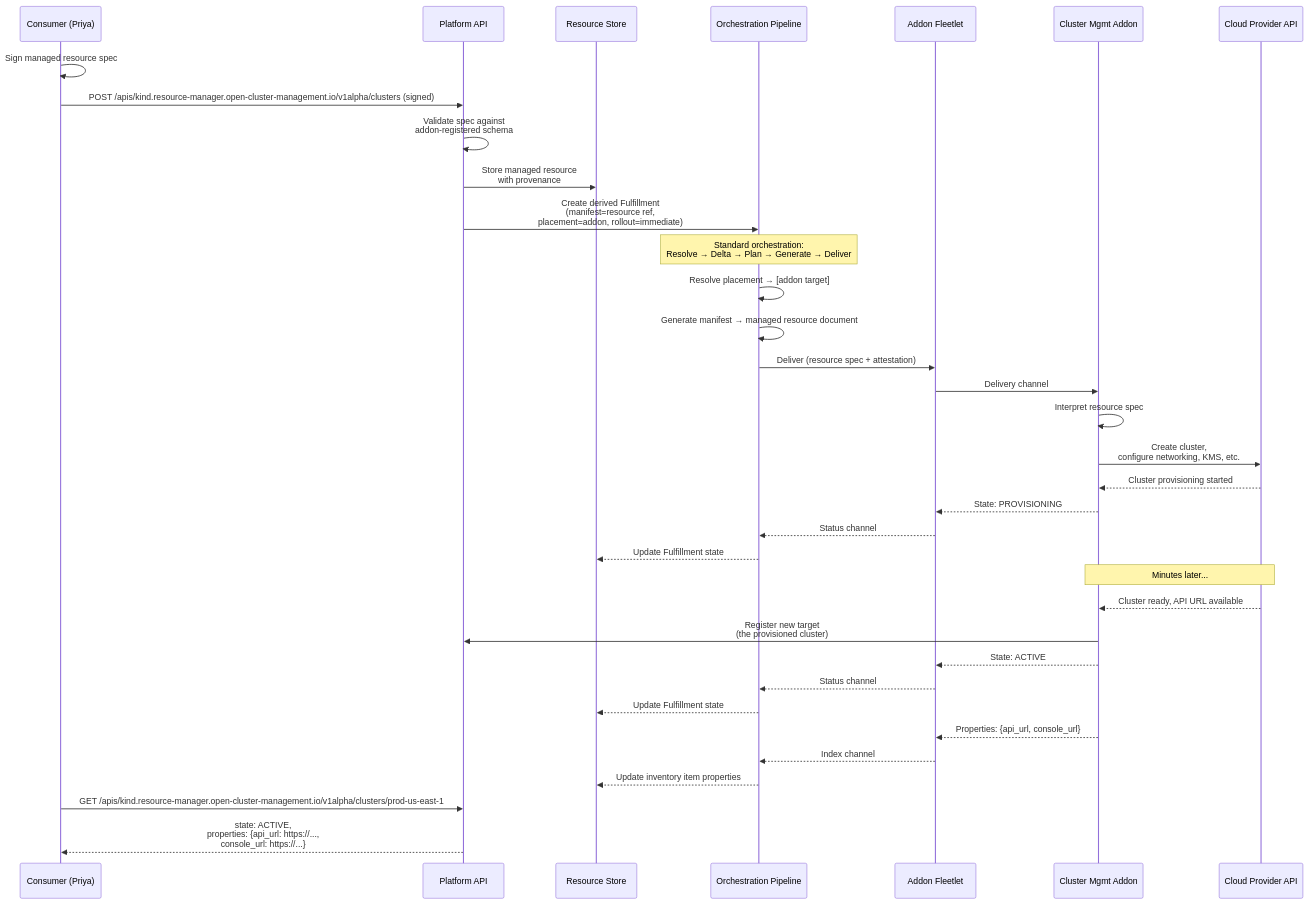
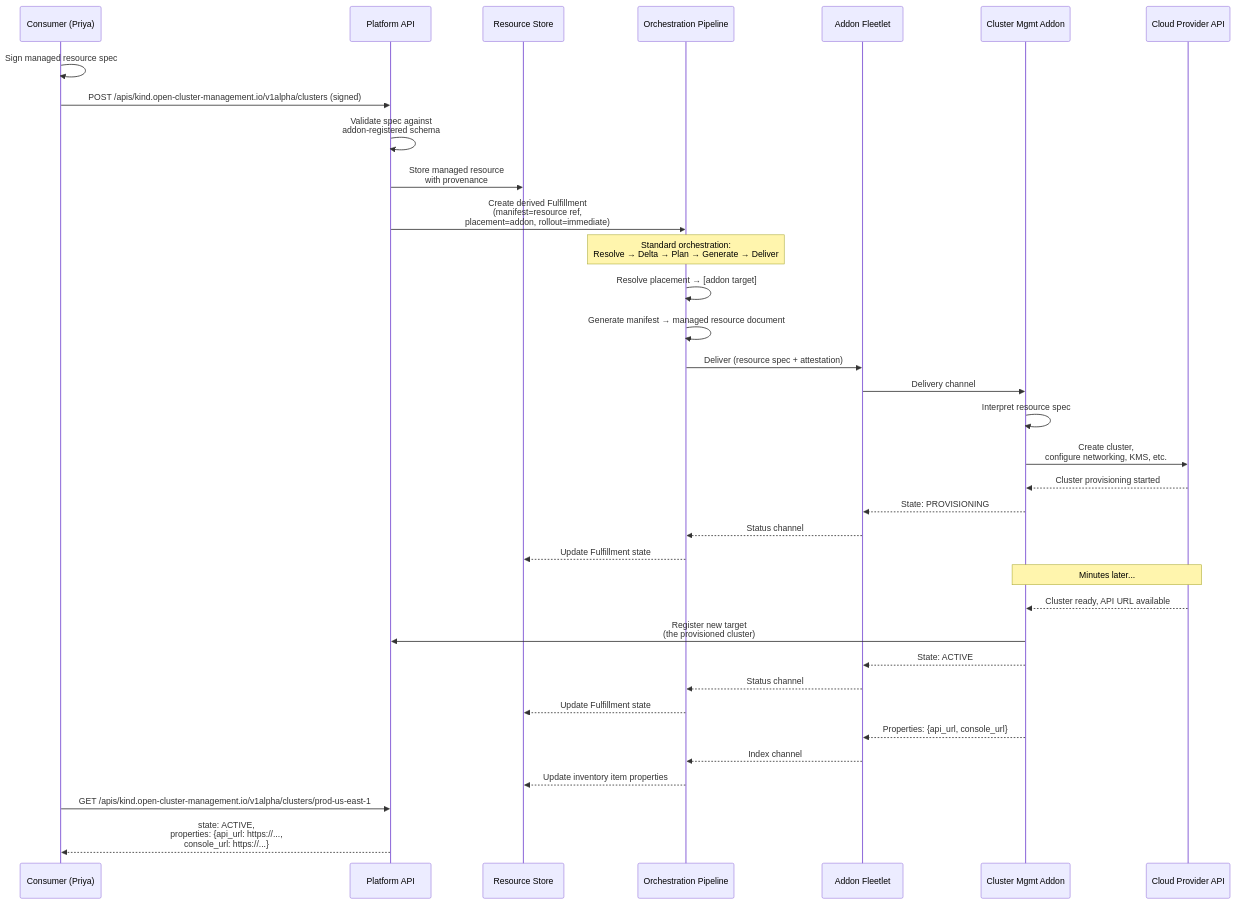
One commit to fleetshift/fleetshift-poc changed the diagram in docs/design/managed_resources.md. Above: the diagram before and after it, drawn with Mermaid. The commit also changed other lines of this file and 362 other files, not shown here.

````diff
--- a/docs/design/managed_resources.md
+++ b/docs/design/managed_resources.md
@@ -202,46 +202,46 @@
 ```mermaid
 sequenceDiagram
     participant User as Consumer (Priya)
     participant Platform as Platform API
     participant Store as Resource Store
     participant Pipeline as Orchestration Pipeline
     participant Fleetlet as Addon Fleetlet
     participant Addon as Cluster Mgmt Addon
     participant Cloud as Cloud Provider API
 
     User->>User: Sign managed resource spec
-    User->>Platform: POST /apis/kind.resource-manager.open-cluster-management.io/v1alpha/clusters (signed)
+    User->>Platform: POST /apis/kind.open-cluster-management.io/v1alpha/clusters (signed)
     Platform->>Platform: Validate spec against<br/>addon-registered schema
     Platform->>Store: Store managed resource<br/>with provenance
 
     Platform->>Pipeline: Create derived Fulfillment<br/>(manifest=resource ref,<br/>placement=addon, rollout=immediate)
 
     Note over Pipeline: Standard orchestration:<br/>Resolve → Delta → Plan → Generate → Deliver
 
     Pipeline->>Pipeline: Resolve placement → [addon target]
     Pipeline->>Pipeline: Generate manifest → managed resource document
     Pipeline->>Fleetlet: Deliver (resource spec + attestation)
     Fleetlet->>Addon: Delivery channel
 
     Addon->>Addon: Interpret resource spec
     Addon->>Cloud: Create cluster,<br/>configure networking, KMS, etc.
     Cloud-->>Addon: Cluster provisioning started
 
     Addon-->>Fleetlet: State: PROVISIONING
     Fleetlet-->>Pipeline: Status channel
     Pipeline-->>Store: Update Fulfillment state
 
     Note over Addon, Cloud: Minutes later...
 
     Cloud-->>Addon: Cluster ready, API URL available
     Addon->>Platform: Register new target<br/>(the provisioned cluster)
     Addon-->>Fleetlet: State: ACTIVE
     Fleetlet-->>Pipeline: Status channel
     Pipeline-->>Store: Update Fulfillment state
     Addon-->>Fleetlet: Properties: {api_url, console_url}
     Fleetlet-->>Pipeline: Index channel
     Pipeline-->>Store: Update inventory item properties
 
-    User->>Platform: GET /apis/kind.resource-manager.open-cluster-management.io/v1alpha/clusters/prod-us-east-1
+    User->>Platform: GET /apis/kind.open-cluster-management.io/v1alpha/clusters/prod-us-east-1
     Platform-->>User: state: ACTIVE,<br/>properties: {api_url: https://...,<br/>console_url: https://...}
 ```
````
